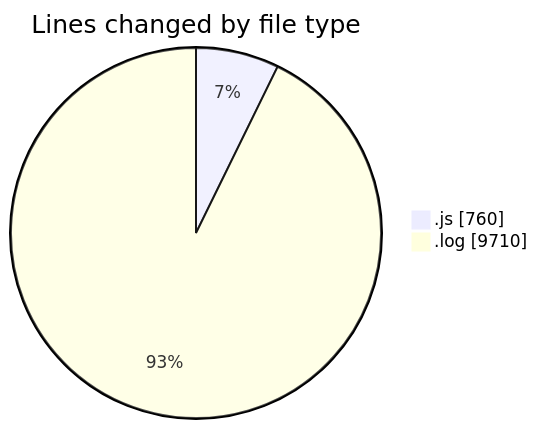
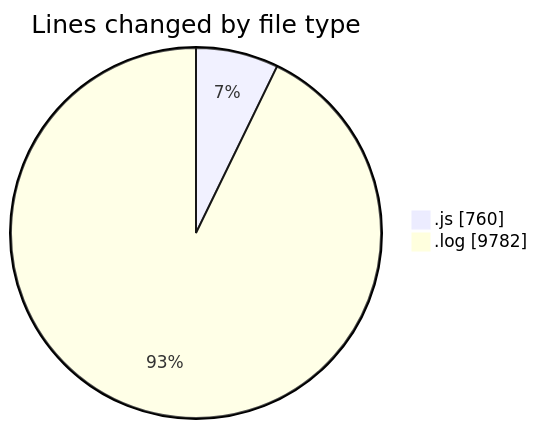
Before and after one commit to BS-eng2023/code-tracking: the first of 2 diagrams in 2025-04-04/jsvms/README.md, drawn with Mermaid. The commit also changed other lines of this file and 1 other file, not shown here.

````diff
--- a/2025-04-04/jsvms/README.md
+++ b/2025-04-04/jsvms/README.md
@@ -28,6 +28,6 @@
 ```mermaid
 pie showData
 title Lines changed by file type
 ".js" : 760
-".log" : 9710
+".log" : 9782
 ```
````
